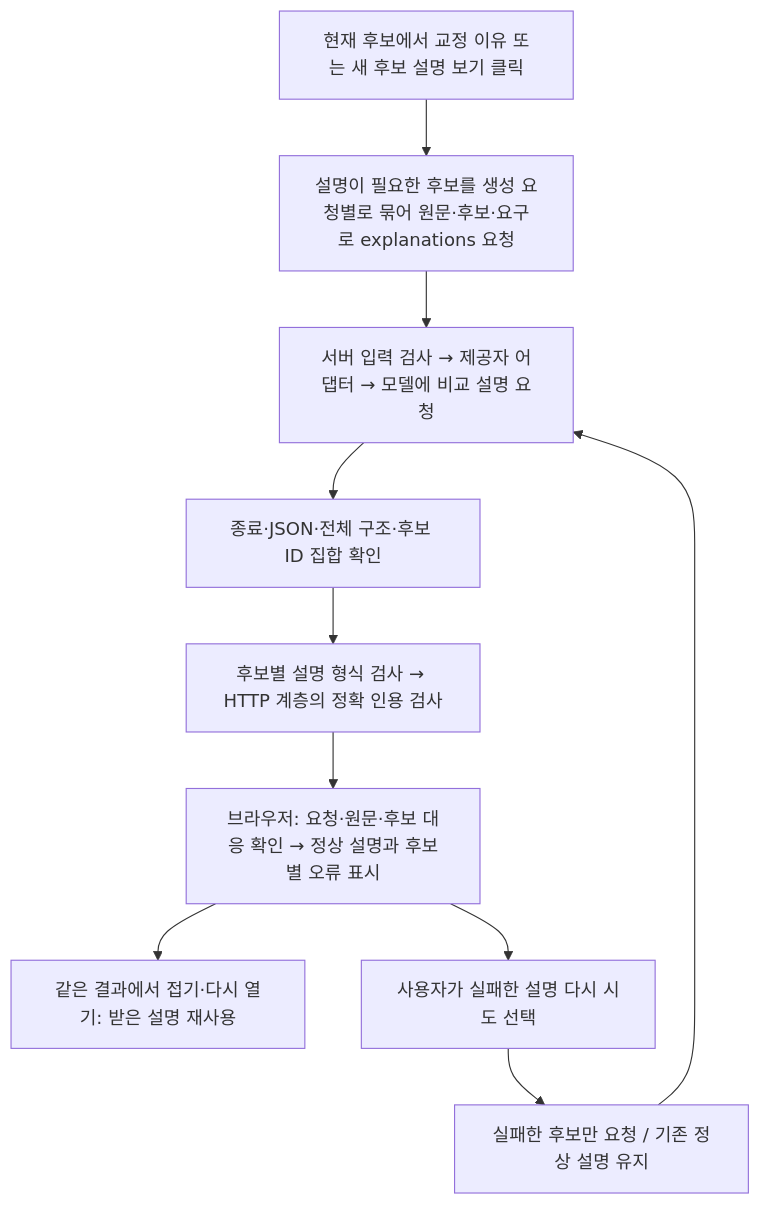
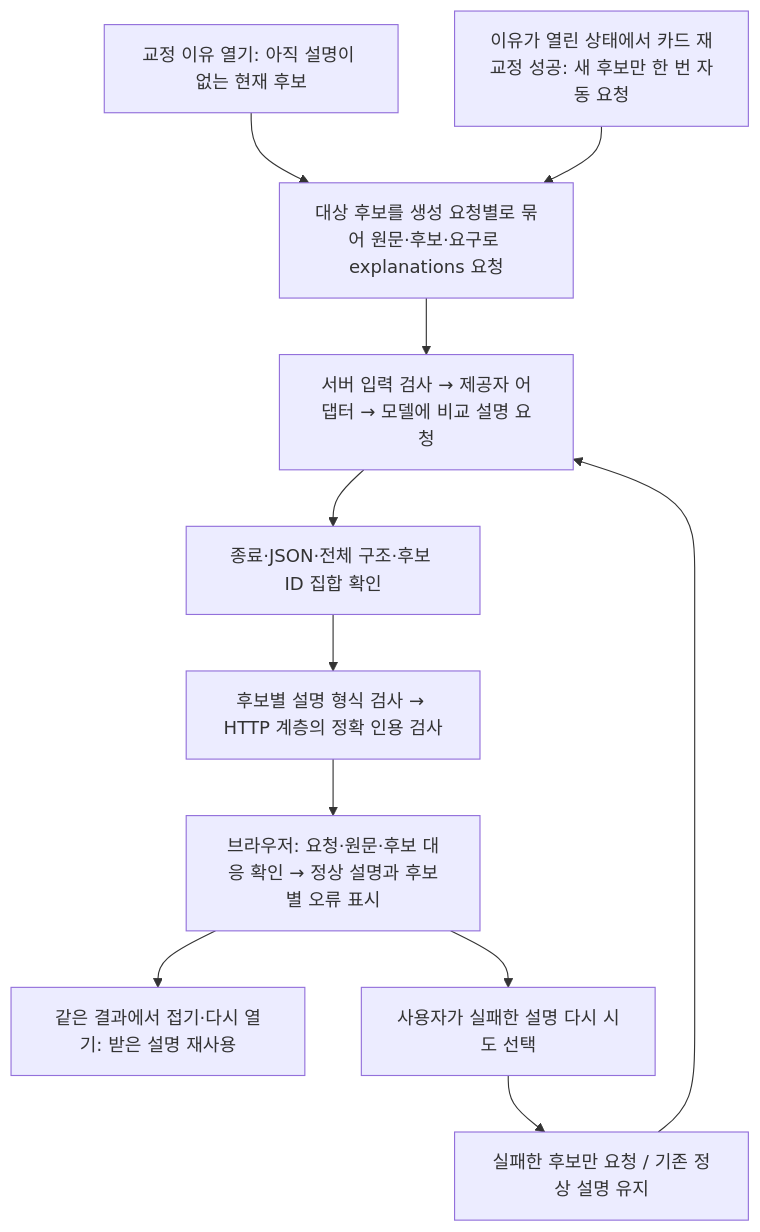
Before and after one commit to dhwjdgh1122/writing-demo: the second of 2 diagrams in docs/ARCHITECTURE.md, drawn with Mermaid. The commit also changed other lines of this file and 13 other files, not shown here.

````diff
--- a/docs/ARCHITECTURE.md
+++ b/docs/ARCHITECTURE.md
@@ -48,12 +48,13 @@
 ```mermaid
 flowchart TD
-    A["현재 후보에서 교정 이유 또는 새 후보 설명 보기 클릭"] --> B["설명이 필요한 후보를 생성 요청별로 묶어 원문·후보·요구로 explanations 요청"]
+    A["교정 이유 열기: 아직 설명이 없는 현재 후보"] --> B["대상 후보를 생성 요청별로 묶어 원문·후보·요구로 explanations 요청"]
+    R["이유가 열린 상태에서 카드 재교정 성공: 새 후보만 한 번 자동 요청"] --> B
     B --> C["서버 입력 검사 → 제공자 어댑터 → 모델에 비교 설명 요청"]
     C --> D["종료·JSON·전체 구조·후보 ID 집합 확인"]
     D --> E["후보별 설명 형식 검사 → HTTP 계층의 정확 인용 검사"]
     E --> F["브라우저: 요청·원문·후보 대응 확인 → 정상 설명과 후보별 오류 표시"]
     F --> G["같은 결과에서 접기·다시 열기: 받은 설명 재사용"]
     F --> H["사용자가 실패한 설명 다시 시도 선택"]
     H --> I["실패한 후보만 요청 / 기존 정상 설명 유지"]
     I --> C
 ```
````
